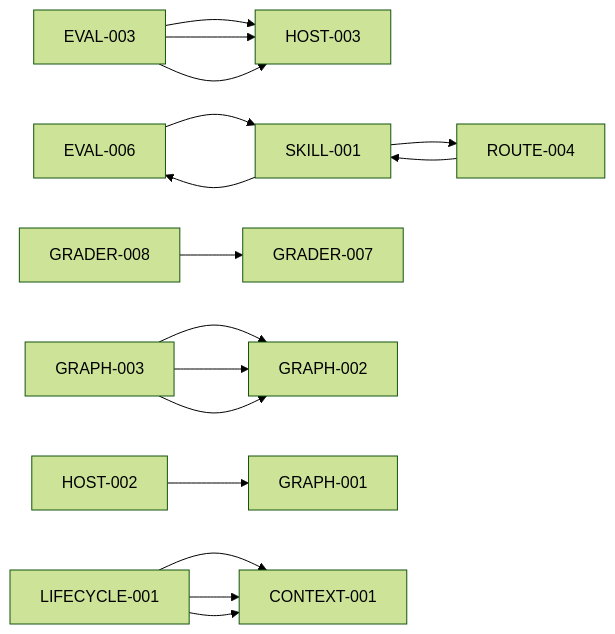
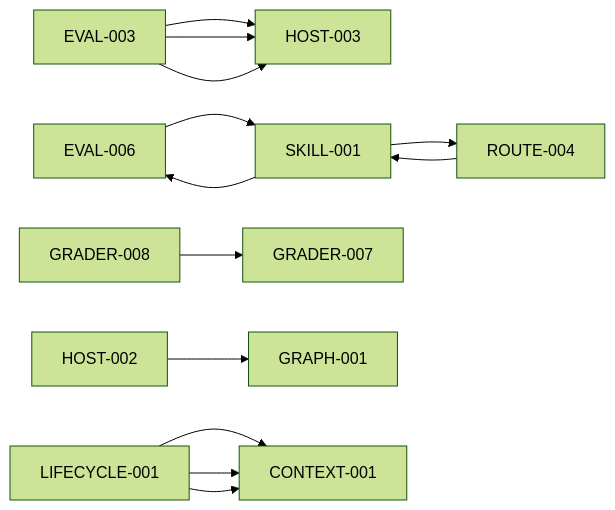
One commit to latent-sre/save-toolkit changed the diagram in docs/fleet-atlas/generated/roadmap-dependency-map.mmd. Above: the diagram before and after it, drawn with Mermaid (forest theme). The commit also changed 13 other files, not shown here.

Commit message:
fix(atlas): integrate current fleet inputs

```diff
--- a/docs/fleet-atlas/generated/roadmap-dependency-map.mmd
+++ b/docs/fleet-atlas/generated/roadmap-dependency-map.mmd
@@ -1,17 +1,14 @@
-%% generated by scripts/fleet_atlas.py; do not edit; regenerate with `python scripts/fleet_atlas.py build` 
+%% generated by scripts/fleet_atlas.py; do not edit; regenerate with `python scripts/fleet_atlas.py build`
 graph LR
   EVAL-003 --> HOST-003
   EVAL-003 --> HOST-003
   EVAL-003 --> HOST-003
   EVAL-006 --> SKILL-001
   GRADER-008 --> GRADER-007
-  GRAPH-003 --> GRAPH-002
-  GRAPH-003 --> GRAPH-002
-  GRAPH-003 --> GRAPH-002
   HOST-002 --> GRAPH-001
   LIFECYCLE-001 --> CONTEXT-001
   LIFECYCLE-001 --> CONTEXT-001
   LIFECYCLE-001 --> CONTEXT-001
   ROUTE-004 --> SKILL-001
   SKILL-001 --> EVAL-006
   SKILL-001 --> ROUTE-004
```
